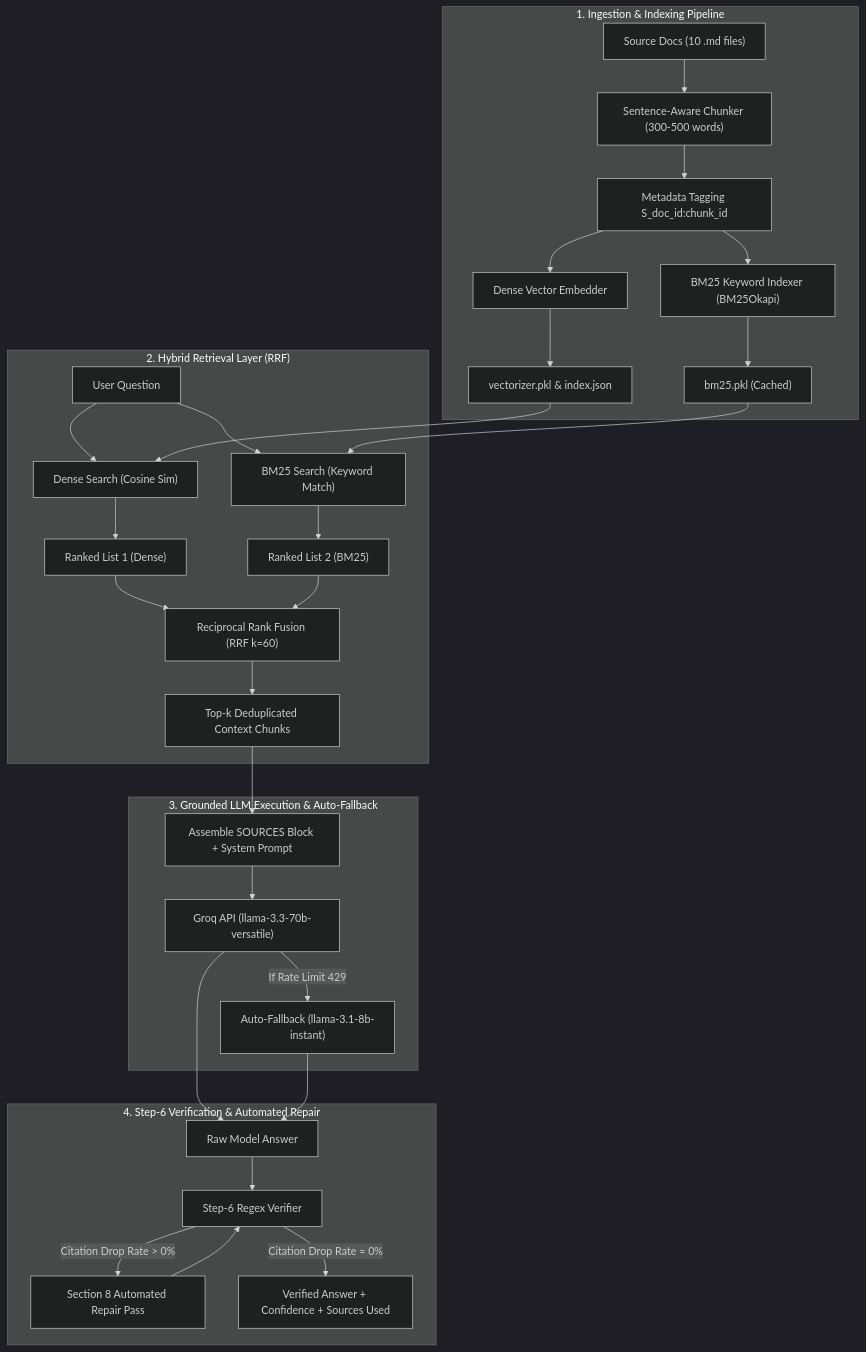
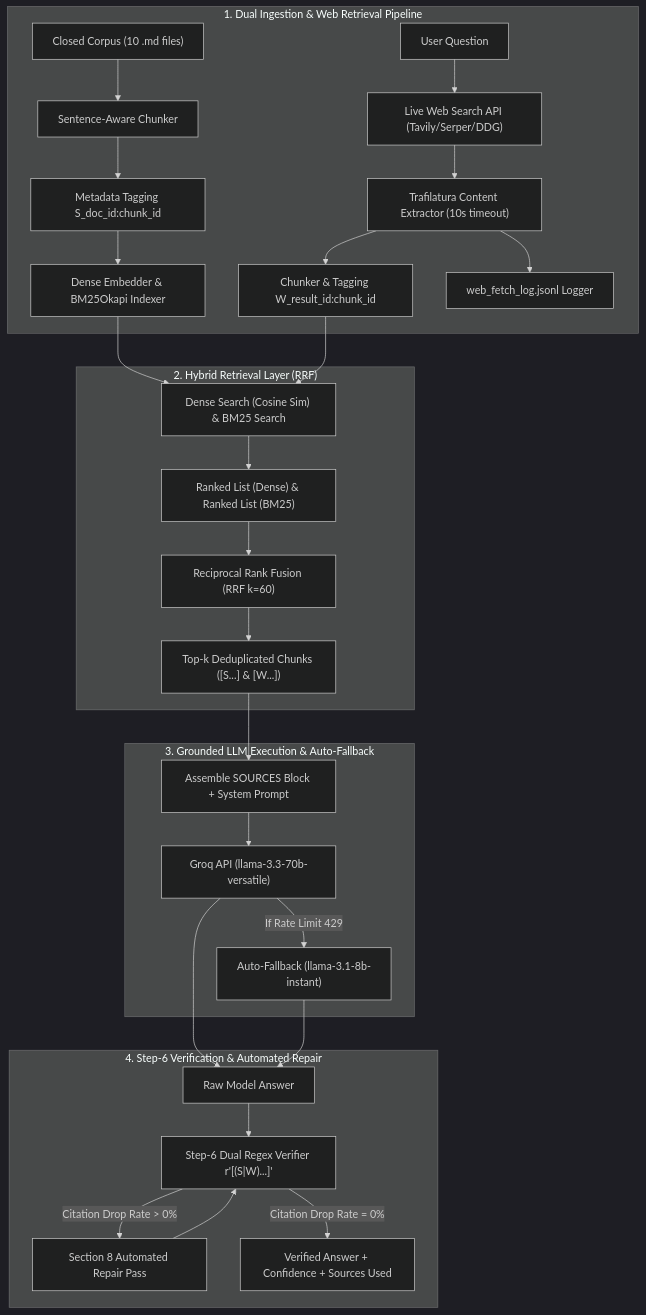
Before and after one commit to Zahid-coder-17/research-agent: the diagram in README.md, drawn with Mermaid (dark theme). The commit also changed other lines of this file and 8 other files, not shown here.

Commit message:
feat: add optional live web search with Trafilatura content extraction, dual [S...]/[W...] citation verification, web_fetch_log.jsonl audit logging, and --source=corpus|web|both CLI flag

````diff
--- a/README.md
+++ b/README.md
@@ -29,38 +30,35 @@
 ```mermaid
 flowchart TD
-    subgraph Ingestion["1. Ingestion & Indexing Pipeline"]
-        A["Source Docs (10 .md files)"] --> B["Sentence-Aware Chunker (300-500 words)"]
+    subgraph Ingestion["1. Dual Ingestion & Web Retrieval Pipeline"]
+        A["Closed Corpus (10 .md files)"] --> B["Sentence-Aware Chunker"]
         B --> C["Metadata Tagging S_doc_id:chunk_id"]
-        C --> D["Dense Vector Embedder"]
-        C --> E["BM25 Keyword Indexer (BM25Okapi)"]
-        D --> F["vectorizer.pkl & index.json"]
-        E --> G["bm25.pkl (Cached)"]
+        C --> D["Dense Embedder & BM25Okapi Indexer"]
+        
+        W1["User Question"] --> W2["Live Web Search API (Tavily/Serper/DDG)"]
+        W2 --> W3["Trafilatura Content Extractor (10s timeout)"]
+        W3 --> W4["Chunker & Tagging W_result_id:chunk_id"]
+        W3 --> W5["web_fetch_log.jsonl Logger"]
     end
 
     subgraph Retrieval["2. Hybrid Retrieval Layer (RRF)"]
-        H["User Question"] --> I1["Dense Search (Cosine Sim)"]
-        H --> I2["BM25 Search (Keyword Match)"]
-        F --> I1
-        G --> I2
-        I1 --> J1["Ranked List 1 (Dense)"]
-        I2 --> J2["Ranked List 2 (BM25)"]
+        D & W4 --> I1["Dense Search (Cosine Sim) & BM25 Search"]
+        I1 --> J1["Ranked List (Dense) & Ranked List (BM25)"]
         J1 --> K["Reciprocal Rank Fusion (RRF k=60)"]
-        J2 --> K
-        K --> L["Top-k Deduplicated Context Chunks"]
+        K --> L["Top-k Deduplicated Chunks ([S...] & [W...])"]
     end
 
     subgraph LLM_Exec["3. Grounded LLM Execution & Auto-Fallback"]
         L --> M["Assemble SOURCES Block + System Prompt"]
         M --> N["Groq API (llama-3.3-70b-versatile)"]
         N -- "If Rate Limit 429" --> O["Auto-Fallback (llama-3.1-8b-instant)"]
     end
 
     subgraph Verification["4. Step-6 Verification & Automated Repair"]
         N --> Q["Raw Model Answer"]
         O --> Q
-        Q --> R["Step-6 Regex Verifier"]
+        Q --> R["Step-6 Dual Regex Verifier r'[(S|W)...]'"]
         R -- "Citation Drop Rate > 0%" --> S["Section 8 Automated Repair Pass"]
         S --> R
         R -- "Citation Drop Rate = 0%" --> T["Verified Answer + Confidence + Sources Used"]
     end
 ```
````
